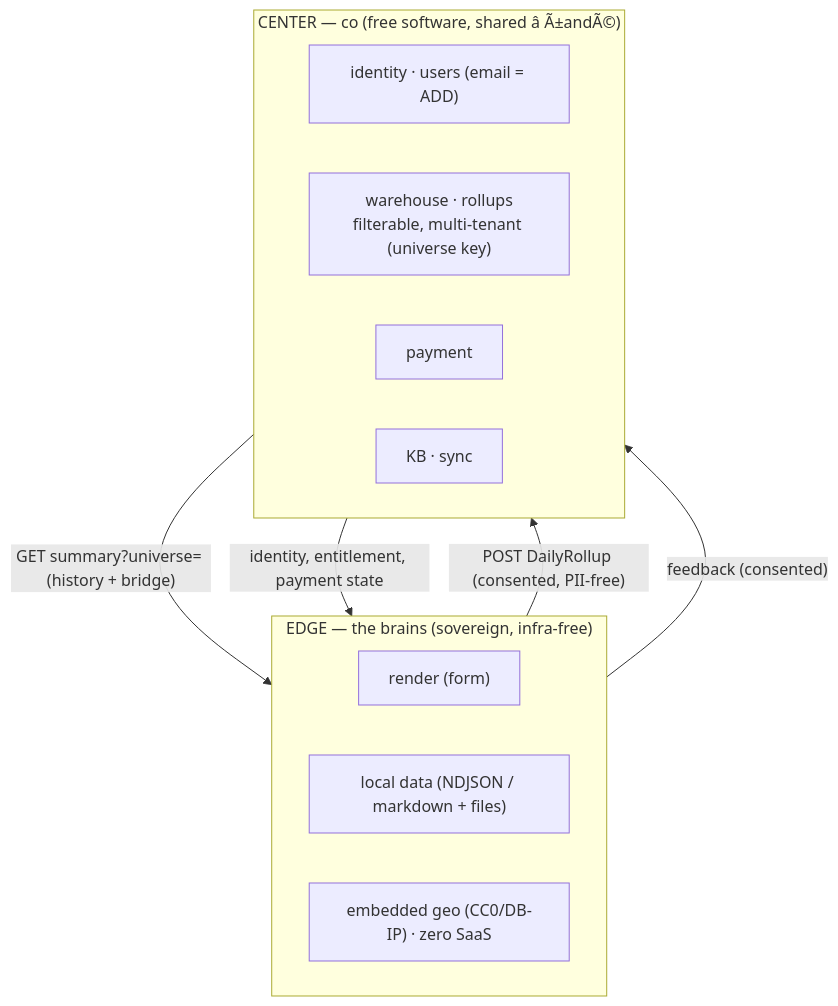
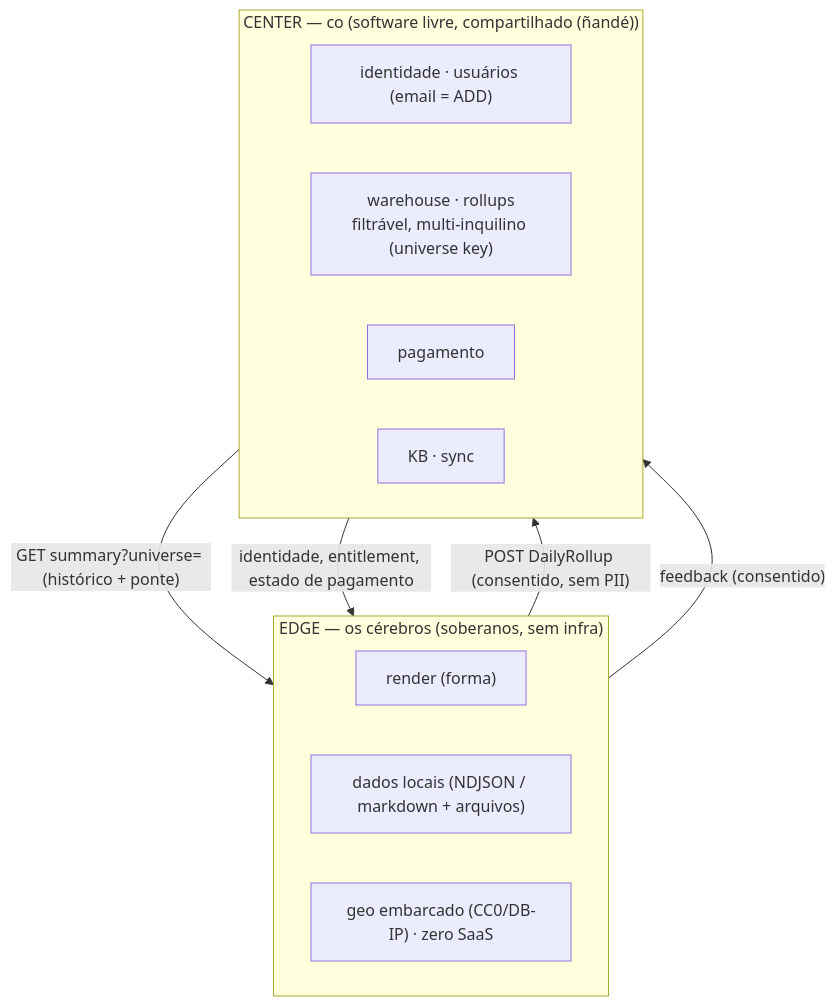
One commit to artelonga/ArteLonga changed the sixth of 6 diagrams in docs/intelligence-as-a-service.pt.md. Above: the diagram before and after it, drawn with Mermaid. The commit also changed other lines of this file and 51 other files, not shown here.

First line of the commit message:
feat(docs): diagramas em Excalidraw real (mermaid→excalidraw) + IaaS em PT (#87)

````diff
--- a/docs/intelligence-as-a-service.pt.md
+++ b/docs/intelligence-as-a-service.pt.md
@@ -241,20 +241,20 @@
 ```mermaid
 flowchart TB
-  subgraph EDGE["EDGE — the brains (sovereign, infra-free)"]
+  subgraph EDGE["EDGE — os cérebros (soberanos, sem infra)"]
     direction LR
-    E1["render (form)"]
-    E2["local data (NDJSON / markdown + files)"]
-    E3["embedded geo (CC0/DB-IP) · zero SaaS"]
+    E1["render (forma)"]
+    E2["dados locais (NDJSON / markdown + arquivos)"]
+    E3["geo embarcado (CC0/DB-IP) · zero SaaS"]
   end
-  subgraph CENTER["CENTER — co (free software, shared â Ã±andÃ©)"]
+  subgraph CENTER["CENTER — co (software livre, compartilhado (ñandé))"]
     direction LR
-    C1["identity · users (email = ADD)"]
-    C2["warehouse · rollups<br/>filterable, multi-tenant (universe key)"]
-    C3["payment"]
+    C1["identidade · usuários (email = ADD)"]
+    C2["warehouse · rollups<br/>filtrável, multi-inquilino (universe key)"]
+    C3["pagamento"]
     C4["KB · sync"]
   end
-  EDGE -->|"POST DailyRollup (consented, PII-free)"| CENTER
-  CENTER -->|"GET summary?universe= (history + bridge)"| EDGE
-  EDGE -->|"feedback (consented)"| CENTER
-  CENTER -->|"identity, entitlement, payment state"| EDGE
+  EDGE -->|"POST DailyRollup (consentido, sem PII)"| CENTER
+  CENTER -->|"GET summary?universe= (histórico + ponte)"| EDGE
+  EDGE -->|"feedback (consentido)"| CENTER
+  CENTER -->|"identidade, entitlement, estado de pagamento"| EDGE
 ```
````
